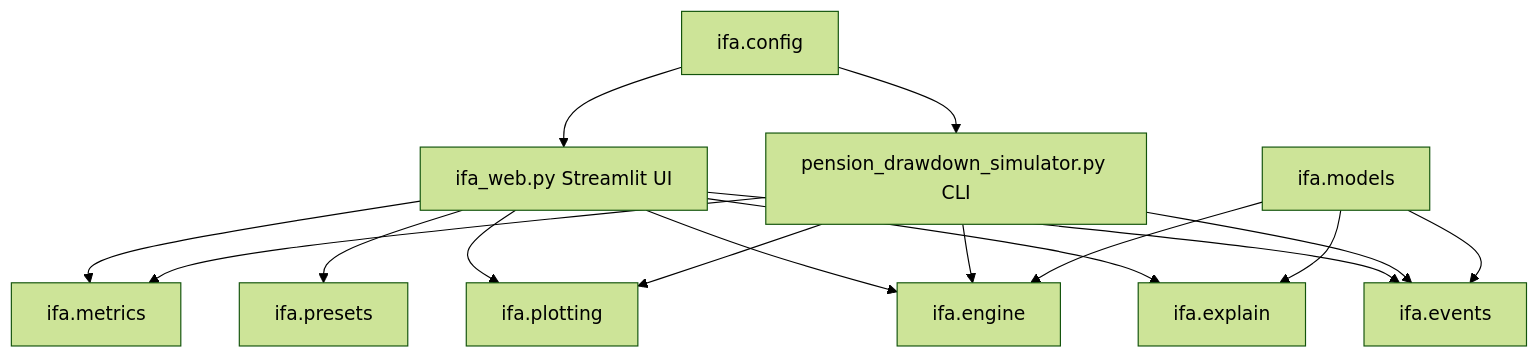
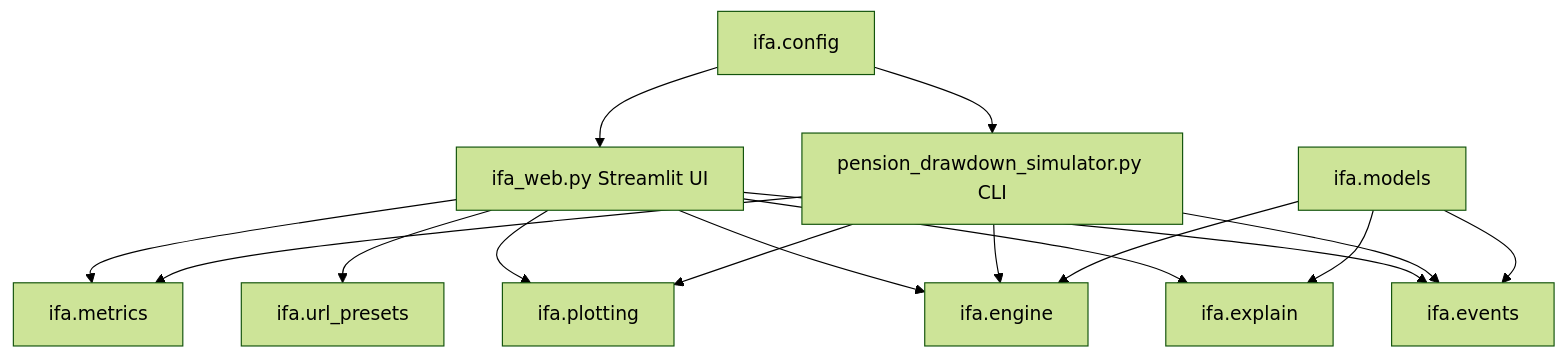
One commit to bumface11/ifa changed the first of 2 diagrams in docs/ARCHITECTURE.md. Above: the diagram before and after it, drawn with Mermaid (forest theme). The commit also changed other lines of this file and 8 other files, not shown here.

````diff
--- a/docs/ARCHITECTURE.md
+++ b/docs/ARCHITECTURE.md
@@ -20,20 +22,20 @@
 ```mermaid
 flowchart TD
     UI[ifa_web.py Streamlit UI] --> Events[ifa.events]
     UI --> Engine[ifa.engine]
     UI --> Plotting[ifa.plotting]
     UI --> Metrics[ifa.metrics]
     UI --> Explain[ifa.explain]
-    UI --> Presets[ifa.presets]
+    UI --> URLPresets[ifa.url_presets]
 
     CLI[pension_drawdown_simulator.py CLI] --> Events
     CLI --> Engine
     CLI --> Plotting
     CLI --> Metrics
 
     Config[ifa.config] --> UI
     Config --> CLI
     Models[ifa.models] --> Events
     Models --> Engine
     Models --> Explain
 ```
````
